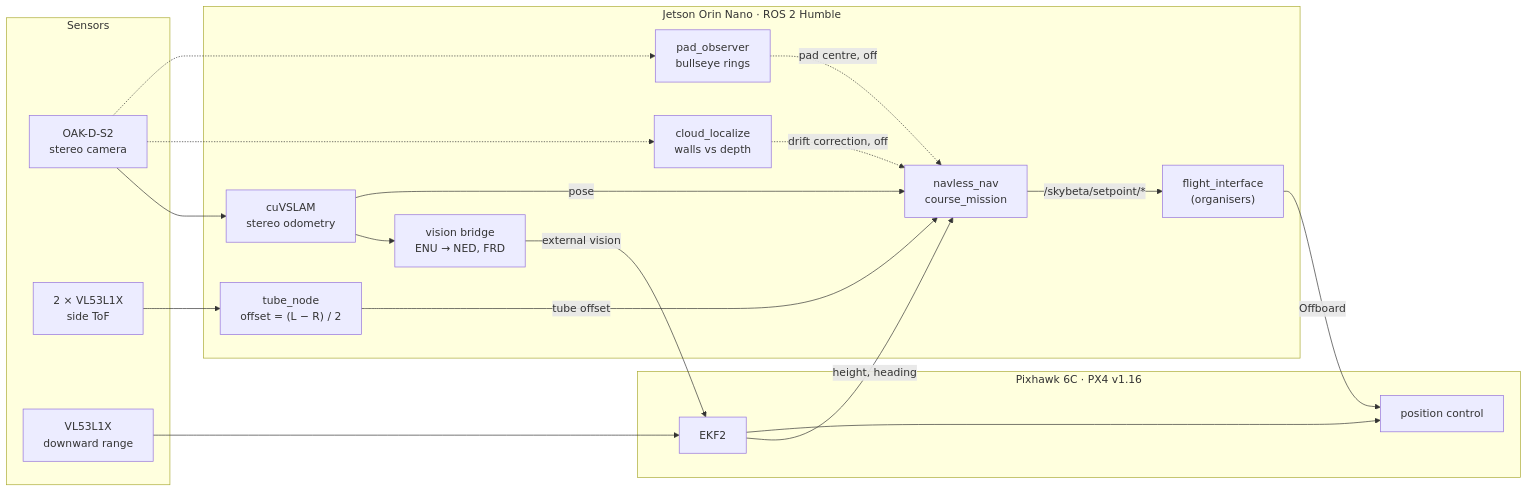
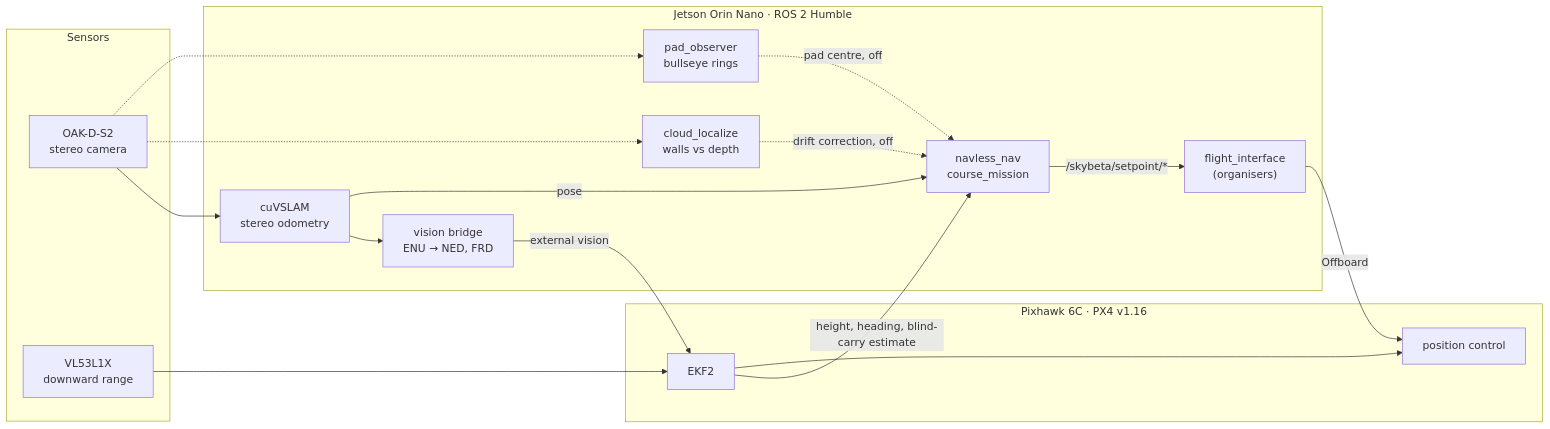
The first of 3 diagrams in README.md (RaagaSundar/Navless), drawn with Mermaid before and after one commit. The commit also changed other lines of this file, not shown here.

First line of the commit message:
README: the side ToF sensors are no longer used

````diff
--- a/README.md
+++ b/README.md
@@ -104,30 +104,27 @@
 ```mermaid
 flowchart LR
   subgraph SENSORS["Sensors"]
     CAM["OAK-D-S2<br/>stereo camera"]
-    TOF["2 × VL53L1X<br/>side ToF"]
     RNG["VL53L1X<br/>downward range"]
   end
   subgraph JETSON["Jetson Orin Nano · ROS 2 Humble"]
     VS["cuVSLAM<br/>stereo odometry"]
     BR["vision bridge<br/>ENU → NED, FRD"]
-    TN["tube_node<br/>offset = (L − R) / 2"]
     NAV["navless_nav<br/>course_mission"]
     FI["flight_interface<br/>(organisers)"]
     LOC["cloud_localize<br/>walls vs depth"]
     PAD["pad_observer<br/>bullseye rings"]
   end
   subgraph PX4["Pixhawk 6C · PX4 v1.16"]
     EKF["EKF2"]
     CTRL["position control"]
   end
   CAM --> VS --> BR -->|external vision| EKF
   RNG --> EKF
   VS -->|pose| NAV
-  TOF --> TN -->|tube offset| NAV
   CAM -.-> LOC -.->|drift correction, off| NAV
   CAM -.-> PAD -.->|pad centre, off| NAV
-  EKF -->|height, heading| NAV
+  EKF -->|"height, heading, blind-carry estimate"| NAV
   NAV -->|"/skybeta/setpoint/*"| FI -->|Offboard| CTRL
   EKF --> CTRL
 ```
````
